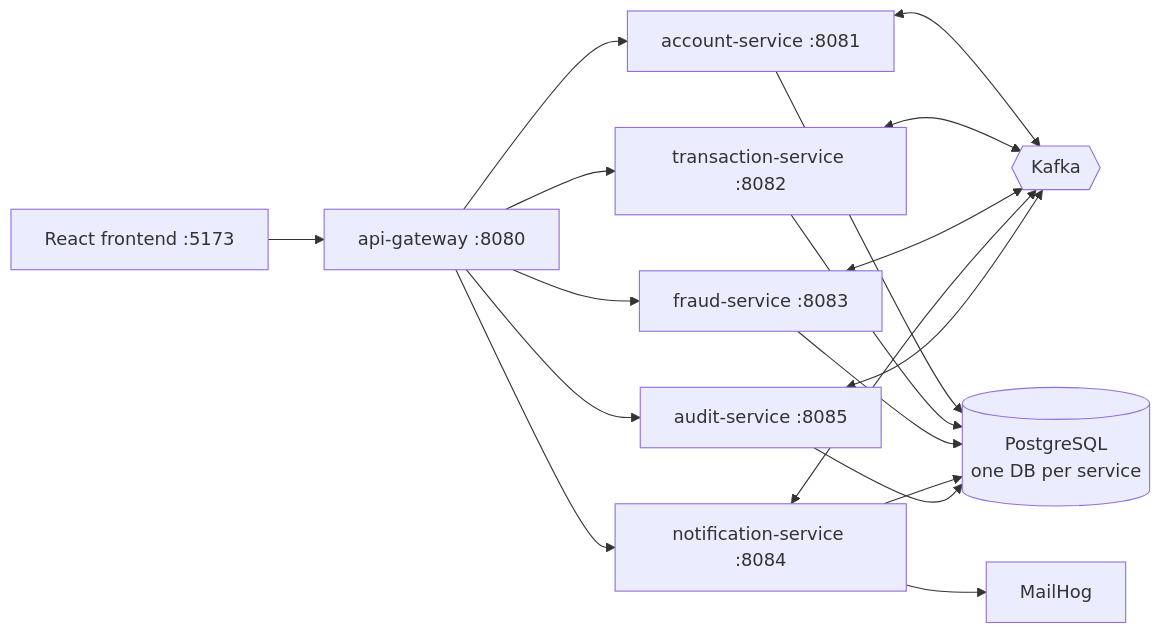
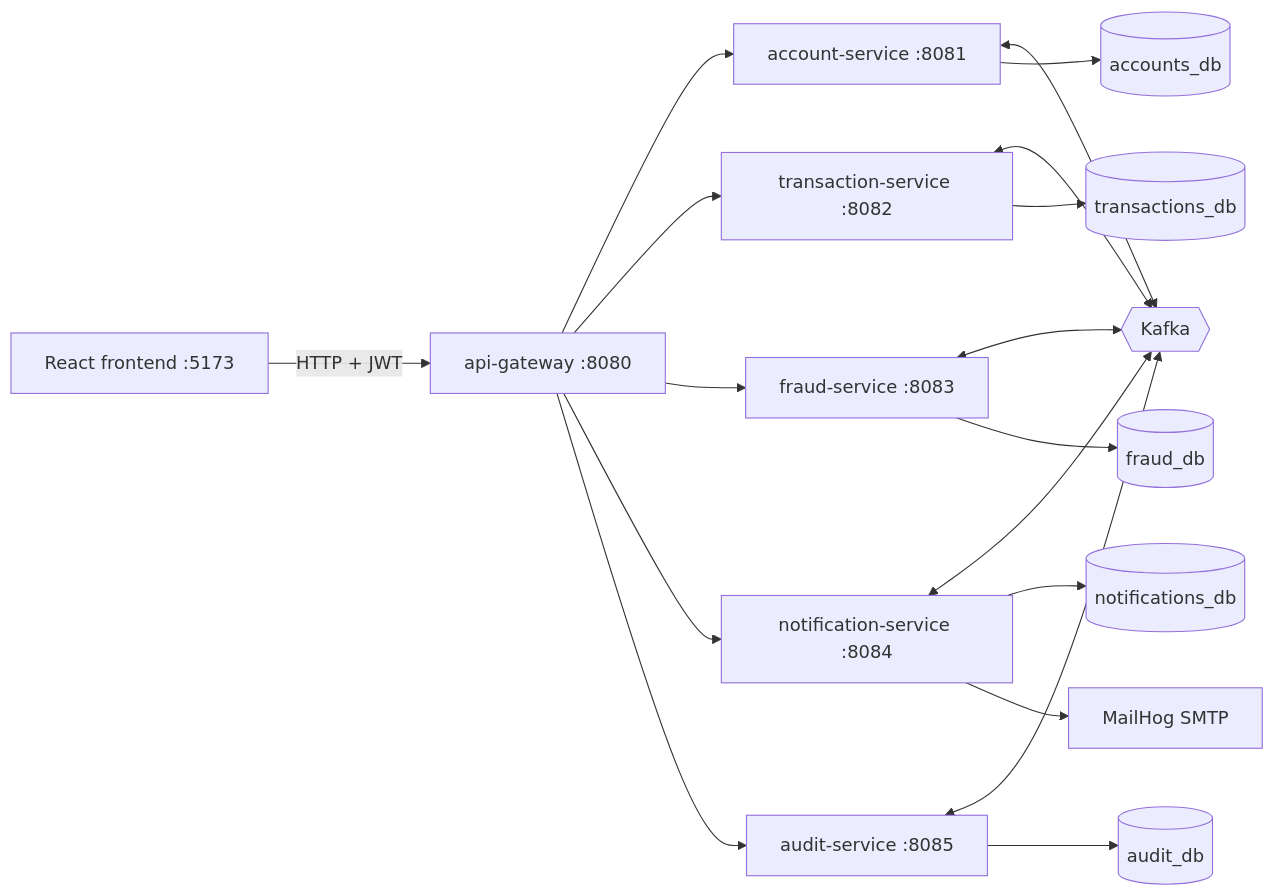
One commit to prabuddh148/banking-platform changed the diagram in README.md. Above: the diagram before and after it, drawn with Mermaid. The commit also changed other lines of this file and 1 other file, not shown here.

````diff
--- a/README.md
+++ b/README.md
@@ -20,12 +74,20 @@
 ```mermaid
 flowchart LR
-    UI[React frontend :5173] --> GW[api-gateway :8080]
+    UI[React frontend :5173] -->|HTTP + JWT| GW[api-gateway :8080]
     GW --> ACC[account-service :8081]
     GW --> TXN[transaction-service :8082]
     GW --> FRD[fraud-service :8083]
     GW --> NTF[notification-service :8084]
     GW --> AUD[audit-service :8085]
-    ACC & TXN & FRD & NTF & AUD <--> K{{Kafka}}
-    ACC & TXN & FRD & NTF & AUD --> PG[(PostgreSQL<br/>one DB per service)]
-    NTF --> MH[MailHog]
+    ACC <--> K{{Kafka}}
+    TXN <--> K
+    FRD <--> K
+    NTF <--> K
+    AUD <--> K
+    ACC --> DB1[(accounts_db)]
+    TXN --> DB2[(transactions_db)]
+    FRD --> DB3[(fraud_db)]
+    NTF --> DB4[(notifications_db)]
+    AUD --> DB5[(audit_db)]
+    NTF --> MH[MailHog SMTP]
 ```
````
